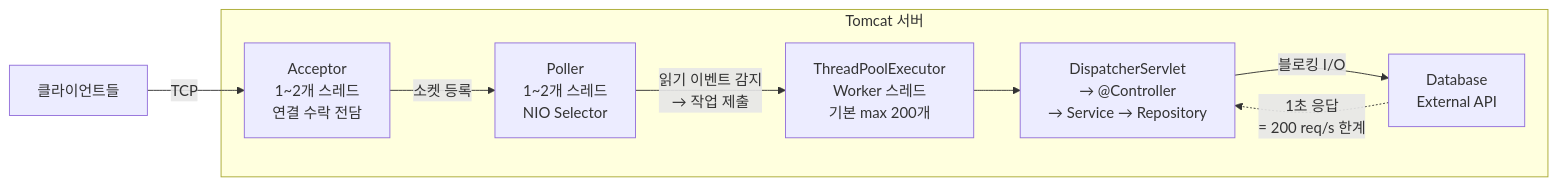
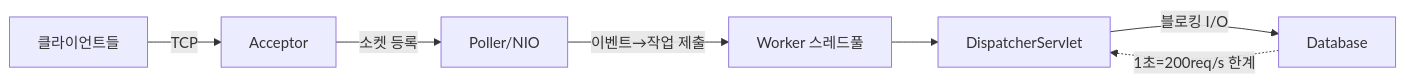
Before and after one commit to yjkim2015/yjkim2015.github.io: diagram 11 of 12 in _posts/server/2026-05-01-tomcat-vs-netty.md, drawn with Mermaid. The commit also changed other lines of this file and 84 other files, not shown here.

First line of the commit message:
85개 포스트 Mermaid 다이어그램 규칙 일괄 수정

````diff
--- a/_posts/server/2026-05-01-tomcat-vs-netty.md
+++ b/_posts/server/2026-05-01-tomcat-vs-netty.md
@@ -758,11 +736,9 @@
 ```mermaid
 graph LR
-    CLT["클라이언트들"] -->|"TCP"| ACC
-    subgraph Tomcat["Tomcat 서버"]
-        ACC["Acceptor\n1~2개 스레드\n연결 수락 전담"] -->|"소켓 등록"| POL["Poller\n1~2개 스레드\nNIO Selector"]
-        POL -->|"읽기 이벤트 감지\n→ 작업 제출"| EXC["ThreadPoolExecutor\nWorker 스레드\n기본 max 200개"]
-        EXC --> SRV["DispatcherServlet\n→ @Controller\n→ Service → Repository"]
-        SRV -->|"블로킹 I/O"| DB["Database\nExternal API"]
-    end
-    DB -.->|"1초 응답\n= 200 req/s 한계"| SRV
+    CLT["클라이언트들"] -->|"TCP"| ACC["Acceptor"]
+    ACC -->|"소켓 등록"| POL["Poller/NIO"]
+    POL -->|"이벤트→작업 제출"| EXC["Worker 스레드풀"]
+    EXC --> SRV["DispatcherServlet"]
+    SRV -->|"블로킹 I/O"| DB["Database"]
+    DB -.->|"1초=200req/s 한계"| SRV
 ```
````
